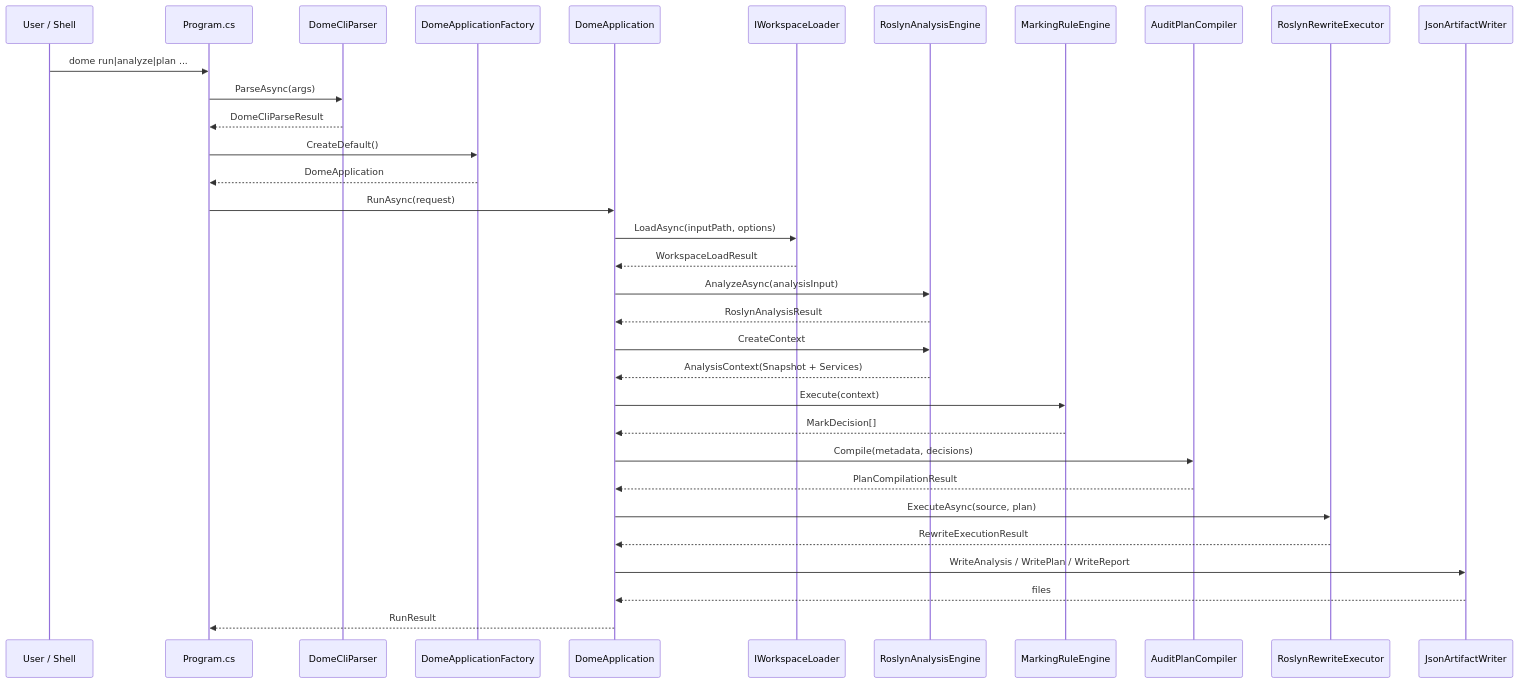
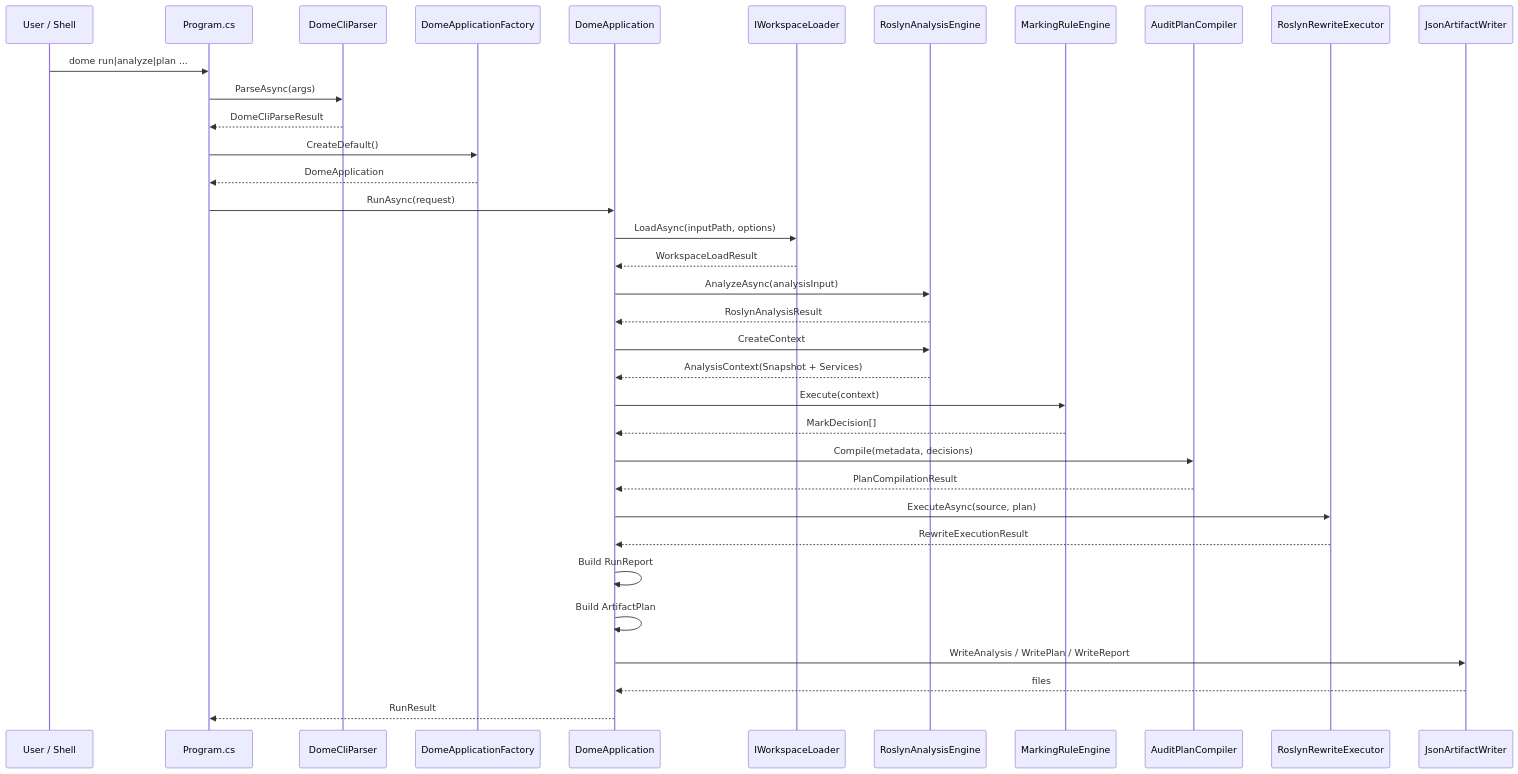
The diagram in dome/docs/execution-flow.md (NonlinearLearning/TerrariaTools), drawn with Mermaid before and after one commit. The commit also changed 38 other files, not shown here.

````diff
--- a/dome/docs/execution-flow.md
+++ b/dome/docs/execution-flow.md
@@ -9,36 +9,38 @@
 ```mermaid
 sequenceDiagram
     participant User as User / Shell
     participant Program as Program.cs
     participant Parser as DomeCliParser
     participant Factory as DomeApplicationFactory
     participant App as DomeApplication
     participant Loader as IWorkspaceLoader
     participant Analysis as RoslynAnalysisEngine
     participant Rules as MarkingRuleEngine
     participant Plan as AuditPlanCompiler
     participant Rewrite as RoslynRewriteExecutor
     participant Report as JsonArtifactWriter
 
     User->>Program: dome run|analyze|plan ...
     Program->>Parser: ParseAsync(args)
     Parser-->>Program: DomeCliParseResult
     Program->>Factory: CreateDefault()
     Factory-->>Program: DomeApplication
     Program->>App: RunAsync(request)
     App->>Loader: LoadAsync(inputPath, options)
     Loader-->>App: WorkspaceLoadResult
     App->>Analysis: AnalyzeAsync(analysisInput)
     Analysis-->>App: RoslynAnalysisResult
     App->>Analysis: CreateContext
     Analysis-->>App: AnalysisContext(Snapshot + Services)
     App->>Rules: Execute(context)
     Rules-->>App: MarkDecision[]
     App->>Plan: Compile(metadata, decisions)
     Plan-->>App: PlanCompilationResult
     App->>Rewrite: ExecuteAsync(source, plan)
     Rewrite-->>App: RewriteExecutionResult
+    App->>App: Build RunReport
+    App->>App: Build ArtifactPlan
     App->>Report: WriteAnalysis / WritePlan / WriteReport
     Report-->>App: files
     App-->>Program: RunResult
 ```
````
